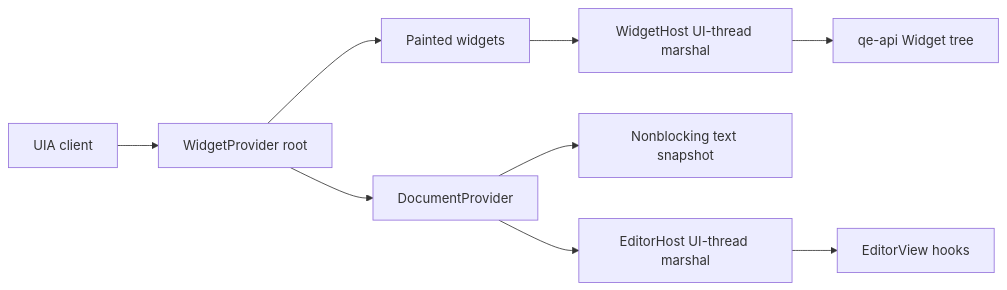
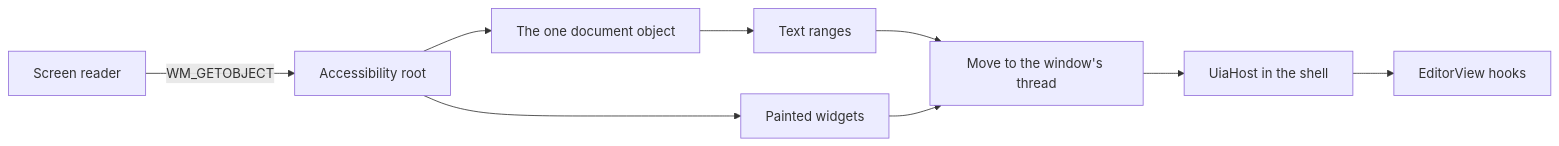
Before and after one commit to wizdes/QuickEdit-Windows: the diagram in crates/qe-a11y/README.md, drawn with Mermaid. The commit also changed other lines of this file and 23 other files, not shown here.

Commit message:
M11: UI Automation provider for the text and the painted widgets; not wired into a window yet

````diff
--- a/crates/qe-a11y/README.md
+++ b/crates/qe-a11y/README.md
@@ -5,11 +5,11 @@
 ```mermaid
 flowchart LR
-    Client[UIA client] --> Root[WidgetProvider root]
+    Client[Screen reader] -->|WM_GETOBJECT| Root[Accessibility root]
     Root --> Widgets[Painted widgets]
-    Root --> Document[DocumentProvider]
-    Document --> Snapshot[Nonblocking text snapshot]
-    Document --> EditorHost[EditorHost UI-thread marshal]
-    Widgets --> WidgetHost[WidgetHost UI-thread marshal]
-    EditorHost --> Editor[EditorView hooks]
-    WidgetHost --> UI[qe-api Widget tree]
+    Root --> Document[The one document object]
+    Document --> Ranges[Text ranges]
+    Ranges --> Marshal[Move to the window's thread]
+    Widgets --> Marshal
+    Marshal --> Host[UiaHost in the shell]
+    Host --> Editor[EditorView hooks]
 ```
````
